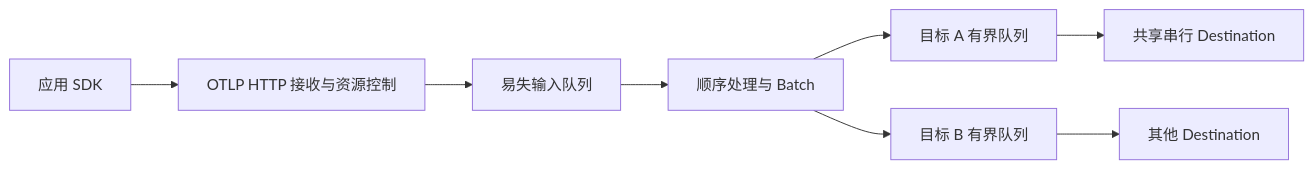
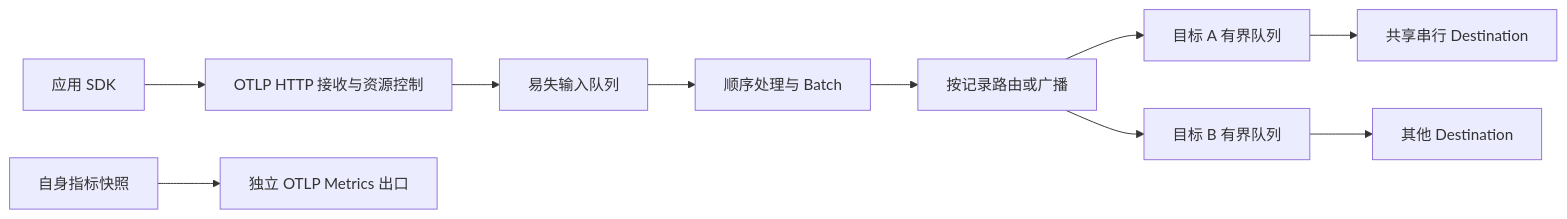
One commit to miik-su/MoonTelemetry changed the diagram in README.md. Above: the diagram before and after it, drawn with Mermaid. The commit also changed other lines of this file and 11 other files, not shown here.

````diff
--- a/README.md
+++ b/README.md
@@ -14,10 +13,12 @@
 ```mermaid
 flowchart LR
   SDK[应用 SDK] --> R[OTLP HTTP 接收与资源控制]
   R --> Q[易失输入队列]
   Q --> P[顺序处理与 Batch]
-  P --> A[目标 A 有界队列]
-  P --> B[目标 B 有界队列]
+  P --> T[按记录路由或广播]
+  T --> A[目标 A 有界队列]
+  T --> B[目标 B 有界队列]
   A --> D[共享串行 Destination]
   B --> E[其他 Destination]
+  M[自身指标快照] --> O[独立 OTLP Metrics 出口]
 ```
````
